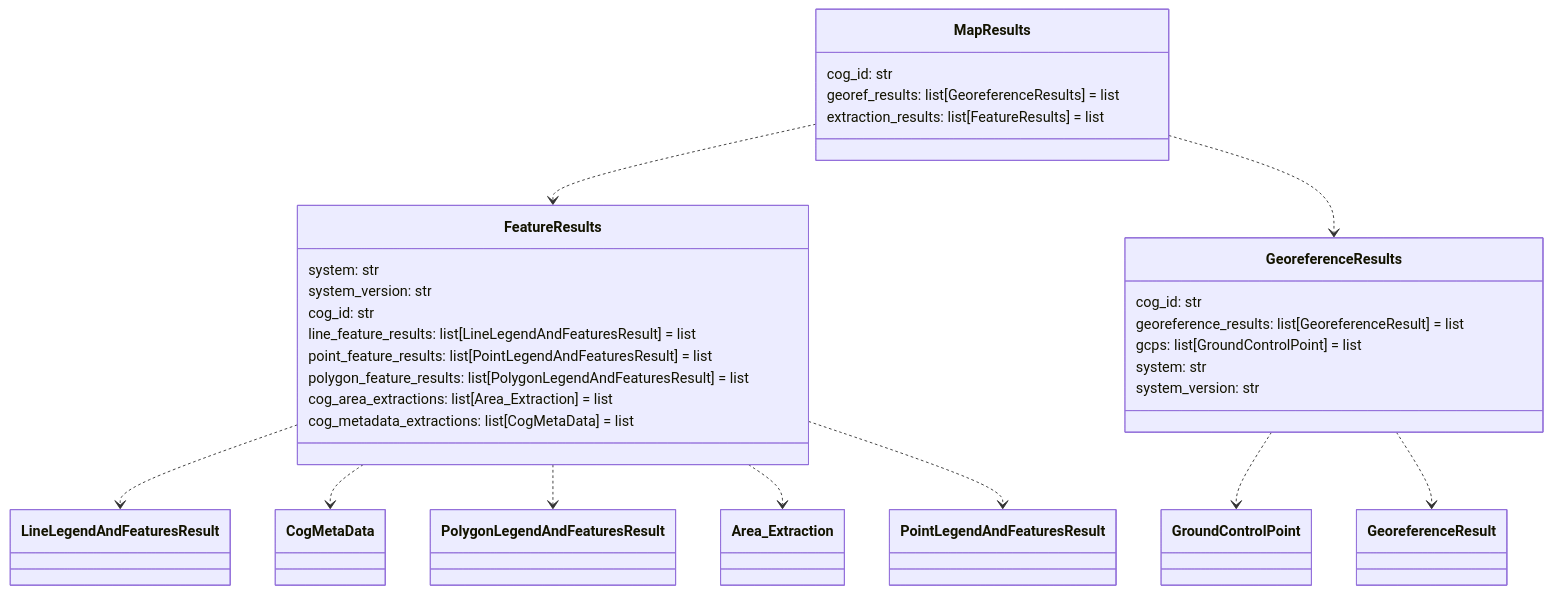
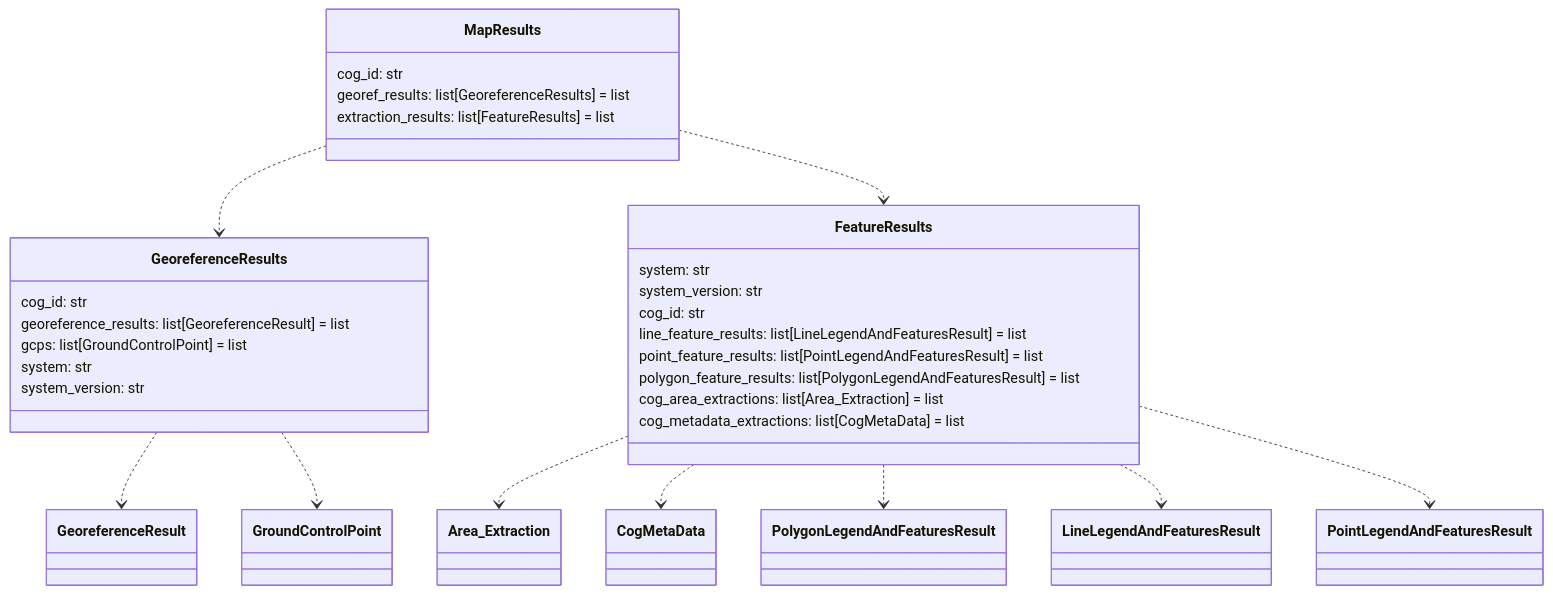
One commit to DARPA-CRITICALMAAS/cdr_schemas changed diagram 11 of 14 in README.md. Above: the diagram before and after it, drawn with Mermaid. The commit also changed other lines of this file and 3 other files, not shown here.

First line of the commit message:
TA3 Schema Integration and Metadata Parsing (#36)

````diff
--- a/README.md
+++ b/README.md
@@ -906,40 +933,40 @@
 ```mermaid
 classDiagram
+
+    class GeoreferenceResults {
+        cog_id: str
+        georeference_results: list[GeoreferenceResult] = list
+        gcps: list[GroundControlPoint] = list
+        system: str
+        system_version: str
+    }
 
     class MapResults {
         cog_id: str
         georef_results: list[GeoreferenceResults] = list
         extraction_results: list[FeatureResults] = list
     }
 
     class FeatureResults {
         system: str
         system_version: str
         cog_id: str
         line_feature_results: list[LineLegendAndFeaturesResult] = list
         point_feature_results: list[PointLegendAndFeaturesResult] = list
         polygon_feature_results: list[PolygonLegendAndFeaturesResult] = list
         cog_area_extractions: list[Area_Extraction] = list
         cog_metadata_extractions: list[CogMetaData] = list
     }
 
-    class GeoreferenceResults {
-        cog_id: str
-        georeference_results: list[GeoreferenceResult] = list
-        gcps: list[GroundControlPoint] = list
-        system: str
-        system_version: str
-    }
-
-    FeatureResults ..> LineLegendAndFeaturesResult
+    FeatureResults ..> Area_Extraction
     FeatureResults ..> CogMetaData
     FeatureResults ..> PolygonLegendAndFeaturesResult
-    FeatureResults ..> Area_Extraction
+    FeatureResults ..> LineLegendAndFeaturesResult
     FeatureResults ..> PointLegendAndFeaturesResult
+    GeoreferenceResults ..> GeoreferenceResult
     GeoreferenceResults ..> GroundControlPoint
-    GeoreferenceResults ..> GeoreferenceResult
+    MapResults ..> GeoreferenceResults
     MapResults ..> FeatureResults
-    MapResults ..> GeoreferenceResults
 
 
 ```
````
